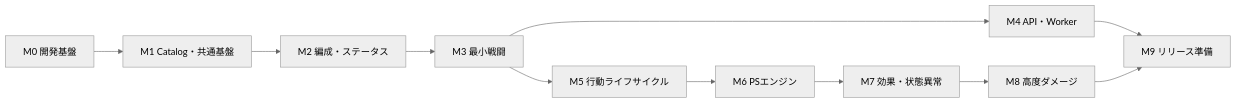
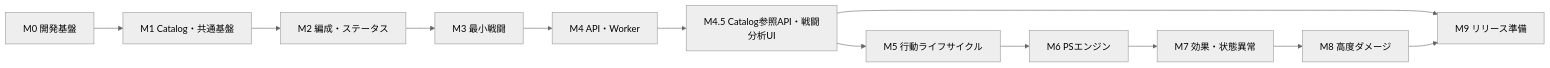
Before and after one commit to komei0727/muvluvgg_battle_simulator: the diagram in docs/ddd/13_実装計画.md, drawn with Mermaid (neutral theme). The commit also changed other lines of this file and 15 other files, not shown here.

````diff
--- a/docs/ddd/13_実装計画.md
+++ b/docs/ddd/13_実装計画.md
@@ -67,13 +68,14 @@
 ```mermaid
 flowchart LR
     M0["M0 開発基盤"] --> M1["M1 Catalog・共通基盤"]
     M1 --> M2["M2 編成・ステータス"]
     M2 --> M3["M3 最小戦闘"]
     M3 --> M4["M4 API・Worker"]
-    M3 --> M5["M5 行動ライフサイクル"]
+    M4 --> M45["M4.5 Catalog参照API・戦闘分析UI"]
+    M45 --> M5["M5 行動ライフサイクル"]
     M5 --> M6["M6 PSエンジン"]
     M6 --> M7["M7 効果・状態異常"]
     M7 --> M8["M8 高度ダメージ"]
-    M4 --> M9["M9 リリース準備"]
+    M45 --> M9["M9 リリース準備"]
     M8 --> M9
 ```
````
